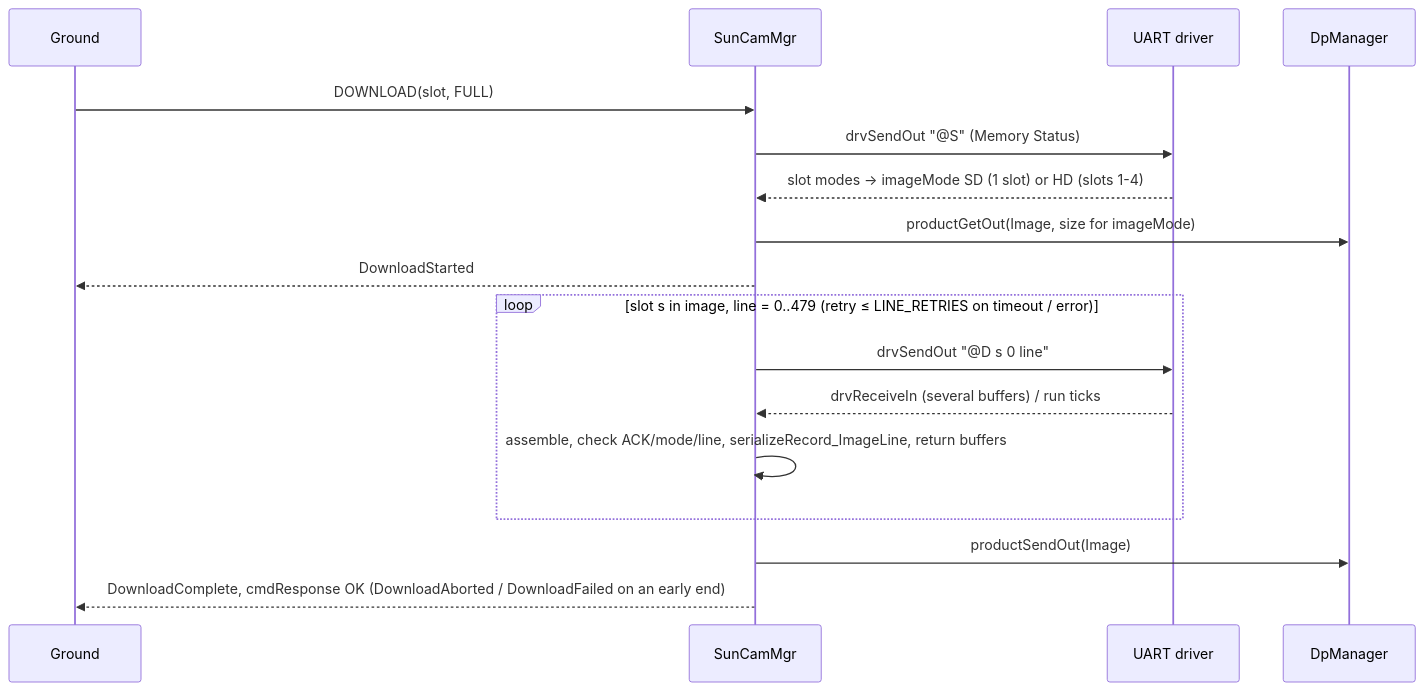
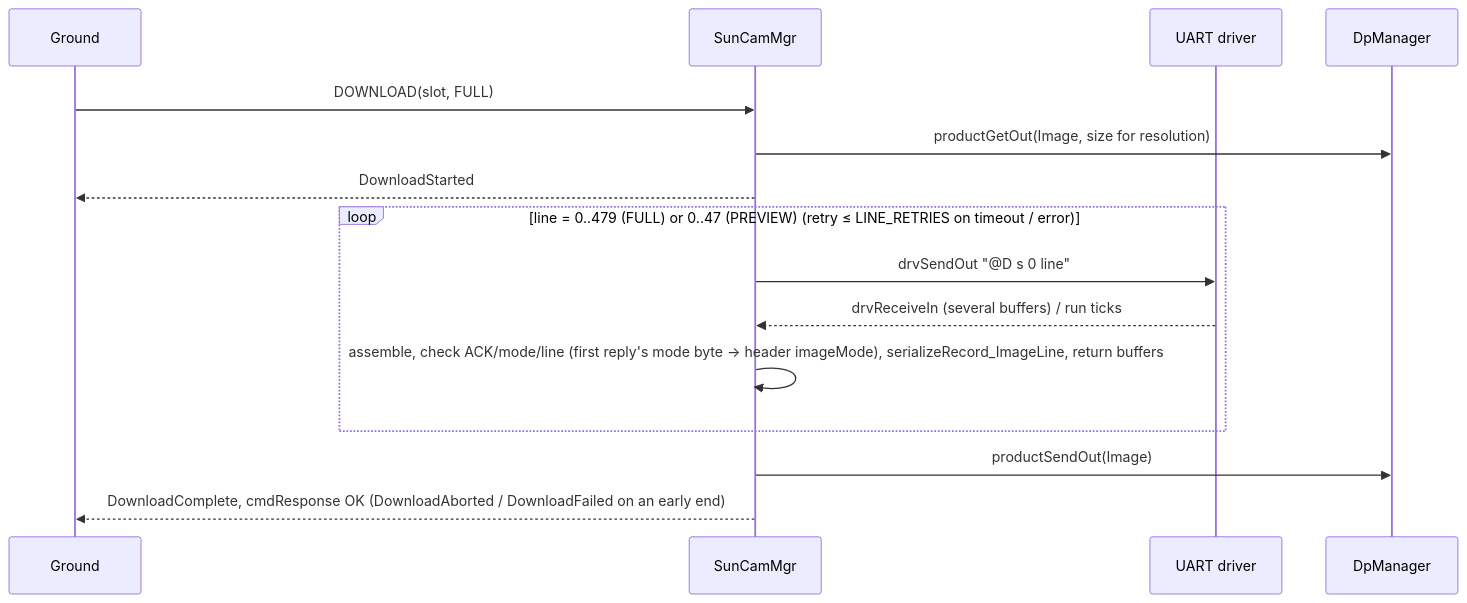
One commit to fprime-community/fprime-devices changed the diagram in fprime-devices/KissCam/Components/SunCamMgr/docs/sdd.md. Above: the diagram before and after it, drawn with Mermaid. The commit also changed other lines of this file and 2 other files, not shown here.

````diff
--- a/fprime-devices/KissCam/Components/SunCamMgr/docs/sdd.md
+++ b/fprime-devices/KissCam/Components/SunCamMgr/docs/sdd.md
@@ -240,19 +249,17 @@
 ```mermaid
 sequenceDiagram
     participant G as Ground
     participant M as SunCamMgr
     participant U as UART driver
     participant D as DpManager
     G->>M: DOWNLOAD(slot, FULL)
-    M->>U: drvSendOut "@S" (Memory Status)
-    U-->>M: slot modes → imageMode SD (1 slot) or HD (slots 1-4)
-    M->>D: productGetOut(Image, size for imageMode)
+    M->>D: productGetOut(Image, size for resolution)
     M-->>G: DownloadStarted
-    loop slot s in image, line = 0..479 (retry ≤ LINE_RETRIES on timeout / error)
+    loop line = 0..479 (FULL) or 0..47 (PREVIEW) (retry ≤ LINE_RETRIES on timeout / error)
         M->>U: drvSendOut "@D s 0 line"
         U-->>M: drvReceiveIn (several buffers) / run ticks
-        M->>M: assemble, check ACK/mode/line, serializeRecord_ImageLine, return buffers
+        M->>M: assemble, check ACK/mode/line (first reply's mode byte → header imageMode), serializeRecord_ImageLine, return buffers
     end
     M->>D: productSendOut(Image)
     M-->>G: DownloadComplete, cmdResponse OK (DownloadAborted / DownloadFailed on an early end)
 ```
````
